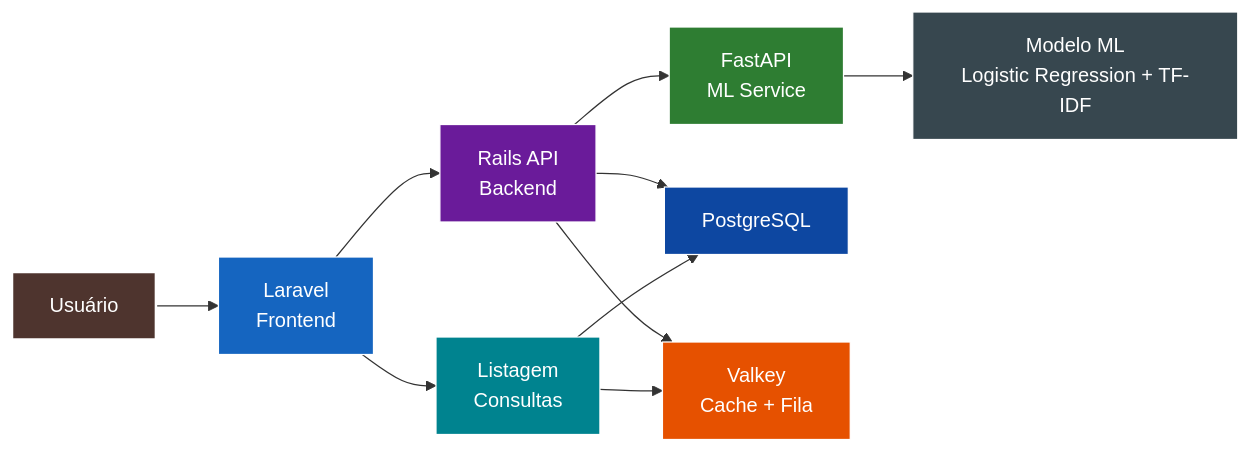
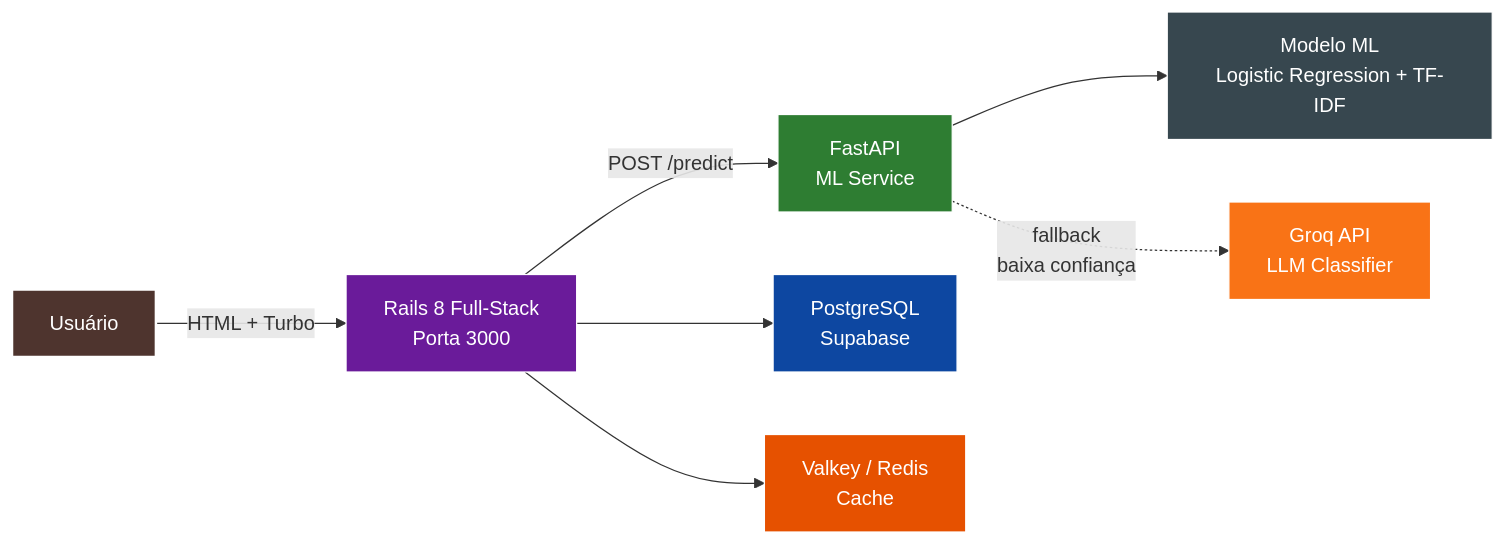
The first of 2 diagrams in docs/00-visao-geral.md (DessimA/tech-mind), drawn with Mermaid before and after one commit. The commit also changed other lines of this file and 115 other files, not shown here.

Commit message:
refactor(web): namespace Web:: and Api:: to separate frontend/backend layers

````diff
--- a/docs/00-visao-geral.md
+++ b/docs/00-visao-geral.md
@@ -25,22 +28,17 @@
 ```mermaid
 flowchart LR
-    A[Usuário] --> B[Laravel<br/>Frontend]
-    B --> C[Rails API<br/>Backend]
-    C --> D[FastAPI<br/>ML Service]
-    C --> E[PostgreSQL]
-    C --> F[Valkey<br/>Cache + Fila]
-    D --> G[Modelo ML<br/>Logistic Regression + TF-IDF]
-
-    B --> H[Listagem<br/>Consultas]
-    H --> F
-    H --> E
+    A[Usuário] -->|HTML + Turbo| B["Rails 8 Full-Stack<br/>Porta 3000"]
+    B -->|POST /predict| C["FastAPI<br/>ML Service"]
+    C --> D[Modelo ML<br/>Logistic Regression + TF-IDF]
+    C -.->|fallback<br/>baixa confiança| E[Groq API<br/>LLM Classifier]
+    B --> F[PostgreSQL<br/>Supabase]
+    B --> G[Valkey / Redis<br/>Cache]
 
     style A fill:#4E342E,color:#fff,stroke:#fff,stroke-width:2px
-    style B fill:#1565C0,color:#fff,stroke:#fff
-    style C fill:#6A1B9A,color:#fff,stroke:#fff
-    style D fill:#2E7D32,color:#fff,stroke:#fff
-    style E fill:#0D47A1,color:#fff,stroke:#fff
-    style F fill:#E65100,color:#fff,stroke:#fff
-    style G fill:#37474F,color:#fff,stroke:#fff
-    style H fill:#00838F,color:#fff,stroke:#fff
+    style B fill:#6A1B9A,color:#fff,stroke:#fff
+    style C fill:#2E7D32,color:#fff,stroke:#fff
+    style D fill:#37474F,color:#fff,stroke:#fff
+    style E fill:#F97316,color:#fff,stroke:#fff
+    style F fill:#0D47A1,color:#fff,stroke:#fff
+    style G fill:#E65100,color:#fff,stroke:#fff
 ```
````
